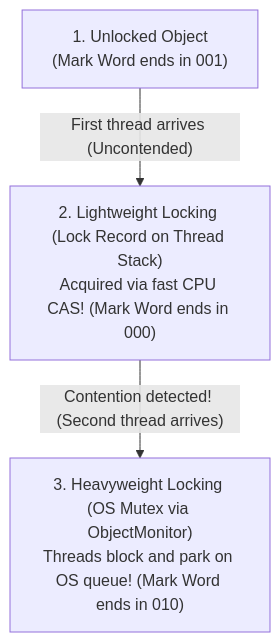
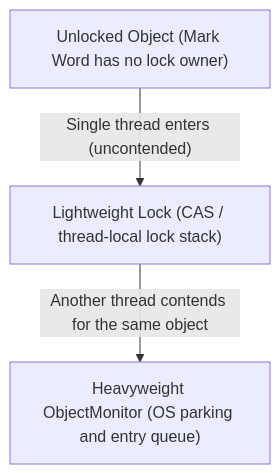
The second of 4 diagrams in content/roadmap/level-5/thread-safety-and-synchronization.md (ravishankar2463/java_hub), drawn with Mermaid before and after one commit. The commit also changed other lines of this file and 119 other files, not shown here.

Commit message:
feat: add comprehensive java learning roadmap content across multiple levels

````diff
--- a/content/roadmap/level-5/thread-safety-and-synchronization.md
+++ b/content/roadmap/level-5/thread-safety-and-synchronization.md
@@ -106,9 +152,5 @@
 ```mermaid
 flowchart TD
-    Unlocked["1. Unlocked Object<br/>(Mark Word ends in 001)"]
-    Lightweight["2. Lightweight Locking (Lock Record on Thread Stack)<br/>Acquired via fast CPU CAS! (Mark Word ends in 000)"]
-    Heavyweight["3. Heavyweight Locking (OS Mutex via ObjectMonitor)<br/>Threads block and park on OS queue! (Mark Word ends in 010)"]
-
-    Unlocked -->|"First thread arrives (Uncontended)"| Lightweight
-    Lightweight -->|"Contention detected! (Second thread arrives)"| Heavyweight
+    Unlocked["Unlocked Object (Mark Word has no lock owner)"] -->|"Single thread enters (uncontended)"| FastLock["Lightweight Lock (CAS / thread-local lock stack)"]
+    FastLock -->|"Another thread contends for the same object"| Inflated["Heavyweight ObjectMonitor (OS parking and entry queue)"]
 ```
````
